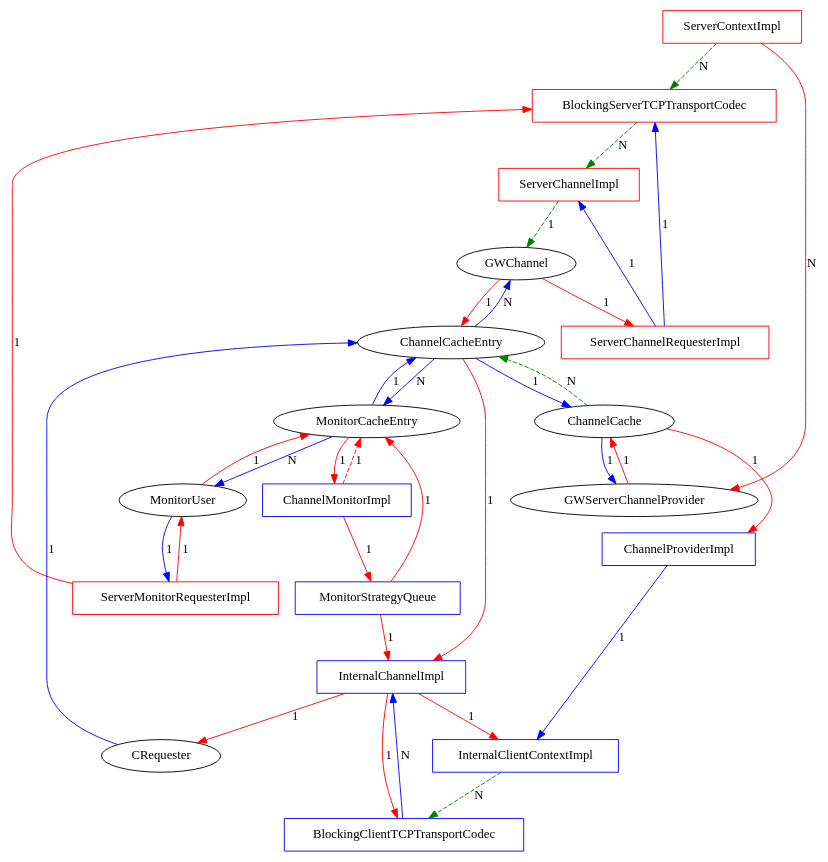
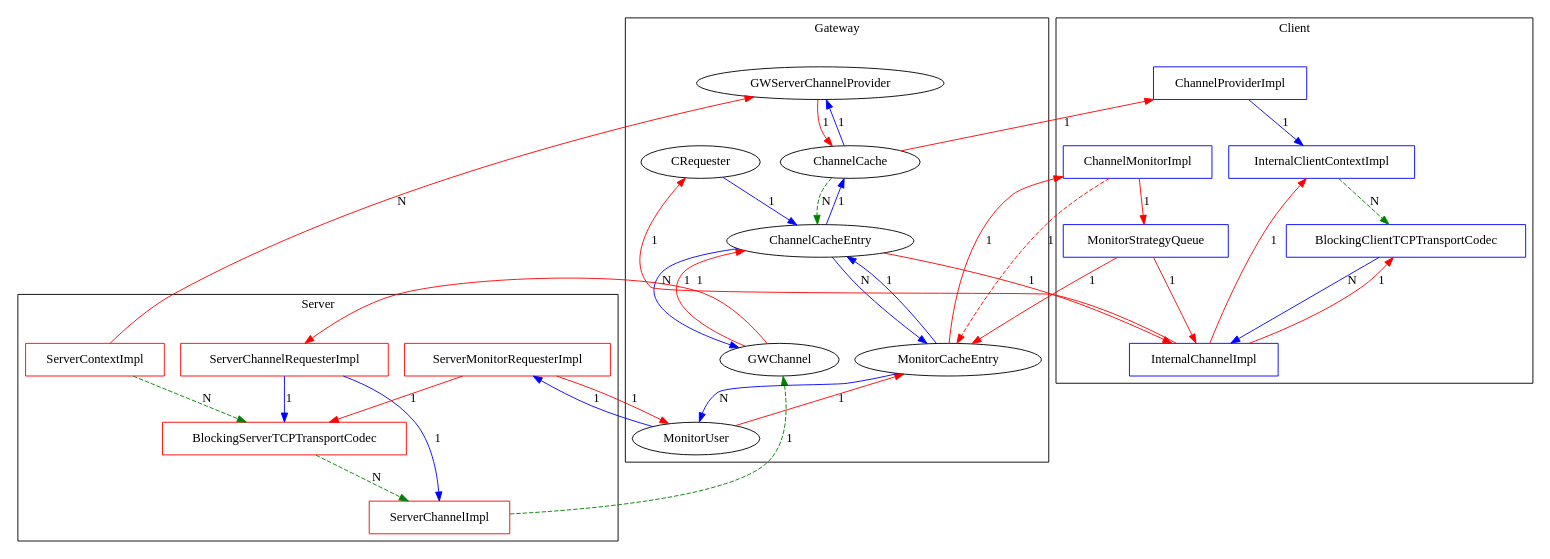
The diagram in documentation/structs.dot (epics-base/pva2pva), drawn with Graphviz before and after one commit.

Commit message:
re-org struct graph w/ subgraphs

```diff
--- a/documentation/structs.dot
+++ b/documentation/structs.dot
@@ -1,79 +1,88 @@
 digraph {
   # PVA server components are red boxes
   # PVA client components are blue boxes
   # GW components are black ovals
   #
   # red lines are strong references either '1' (1 to 1) or 'N' (1 to N)
   # green lines are strong references which are explicitly broken on some event
   # blue lines are weak references
   
-  ServerContextImpl [shape=box,color=red];
-  BlockingServerTCPTransportCodec [shape=box,color=red];
-  ServerChannelImpl [shape=box,color=red];
-  ServerChannelRequesterImpl [shape=box,color=red];
-  ServerChannelImpl [shape=box,color=red];
-  ServerMonitorRequesterImpl [shape=box,color=red];
+  subgraph clusterserver {
+    label = "Server";
+    ServerContextImpl [shape=box,color=red];
+    BlockingServerTCPTransportCodec [shape=box,color=red];
+    ServerChannelImpl [shape=box,color=red];
+    ServerChannelRequesterImpl [shape=box,color=red];
+    ServerChannelImpl [shape=box,color=red];
+    ServerMonitorRequesterImpl [shape=box,color=red];
 
-  InternalClientContextImpl [shape=box,color=blue];
-  ChannelProviderImpl [shape=box,color=blue];
-  BlockingClientTCPTransportCodec [shape=box,color=blue];
-  InternalChannelImpl [shape=box,color=blue];
-  ChannelMonitorImpl [shape=box,color=blue];
-  MonitorStrategyQueue [shape=box,color=blue];
-
-  GWServerChannelProvider;
-  ChannelCache;
-  ChannelCacheEntry;
-  GWChannel;
-  CRequester;
-  MonitorCacheEntry;
-  MonitorUser;
-
-  ## Server Internals
-  # Really goes through TransportRegistry
-  ServerContextImpl -> BlockingServerTCPTransportCodec [color=green,style=dashed,label="N"];
-  BlockingServerTCPTransportCodec -> ServerChannelImpl [color=green,style=dashed,label="N"];
-  ServerChannelRequesterImpl -> BlockingServerTCPTransportCodec [color=blue,label="1"];
-  ServerChannelRequesterImpl -> ServerChannelImpl [color=blue,label="1"];
-  ServerMonitorRequesterImpl -> BlockingServerTCPTransportCodec [color=red,label="1"];
+    ## Server Internals
+    # Really goes through TransportRegistry
+    ServerContextImpl -> BlockingServerTCPTransportCodec [color=green,style=dashed,label="N"];
+    BlockingServerTCPTransportCodec -> ServerChannelImpl [color=green,style=dashed,label="N"];
+    ServerChannelRequesterImpl -> BlockingServerTCPTransportCodec [color=blue,label="1"];
+    ServerChannelRequesterImpl -> ServerChannelImpl [color=blue,label="1"];
+    ServerMonitorRequesterImpl -> BlockingServerTCPTransportCodec [color=red,label="1"];
+  }
 
   ## Server to GW
   ServerContextImpl -> GWServerChannelProvider [color=red,label="N"];
   ServerChannelImpl -> GWChannel [color=green,style=dashed,label="1"];
   GWChannel -> ServerChannelRequesterImpl [color=red,label="1"];
   MonitorUser -> ServerMonitorRequesterImpl [color=blue,label="1"];
   ServerMonitorRequesterImpl -> MonitorUser [color=red,label="1"];
 
-  ## GW internal
-  GWServerChannelProvider -> ChannelCache [color=red,label="1"];
-  GWChannel -> ChannelCacheEntry [color=red,label="1"];
+  subgraph clustergw {
+    label = "Gateway";
+    GWServerChannelProvider;
+    ChannelCache;
+    ChannelCacheEntry;
+    GWChannel;
+    CRequester;
+    MonitorCacheEntry;
+    MonitorUser;
 
-  ChannelCache -> ChannelCacheEntry [color=green,style=dashed,label="N"];
-  ChannelCache -> GWServerChannelProvider [color=blue,label="1"];
+    ## GW internal
+    GWServerChannelProvider -> ChannelCache [color=red,label="1"];
+    GWChannel -> ChannelCacheEntry [color=red,label="1"];
 
-  ChannelCacheEntry -> ChannelCache [color=blue,label="1"];
-  CRequester -> ChannelCacheEntry [color=blue,label="1"];
-  ChannelCacheEntry -> GWChannel [color=blue,label="N"];
-  ChannelCacheEntry -> MonitorCacheEntry [color=blue,label="N"];
-  MonitorCacheEntry -> ChannelCacheEntry [color=blue,label="1"];
-  MonitorCacheEntry -> MonitorUser [color=blue,label="N"];
-  MonitorUser -> MonitorCacheEntry [color=red,label="1"];
+    ChannelCache -> ChannelCacheEntry [color=green,style=dashed,label="N"];
+    ChannelCache -> GWServerChannelProvider [color=blue,label="1"];
+
+    ChannelCacheEntry -> ChannelCache [color=blue,label="1"];
+    CRequester -> ChannelCacheEntry [color=blue,label="1"];
+    ChannelCacheEntry -> GWChannel [color=blue,label="N"];
+    ChannelCacheEntry -> MonitorCacheEntry [color=blue,label="N"];
+    MonitorCacheEntry -> ChannelCacheEntry [color=blue,label="1"];
+    MonitorCacheEntry -> MonitorUser [color=blue,label="N"];
+    MonitorUser -> MonitorCacheEntry [color=red,label="1"];
+  }
 
   ## GW to Client
   ChannelCache -> ChannelProviderImpl [color=red,label="1"];
   ChannelCacheEntry -> InternalChannelImpl [color=red,label="1"];
   MonitorCacheEntry -> ChannelMonitorImpl [color=red,label="1"];
   InternalChannelImpl -> CRequester [color=red,label="1"];
   ChannelMonitorImpl -> MonitorCacheEntry [color=red,style=dashed,label="1"];
   MonitorStrategyQueue -> MonitorCacheEntry [color=red,label="1"];
 
-  ## Client internals
-  ChannelProviderImpl -> InternalClientContextImpl [color=blue,label="1"];
-  # Really goes through TransportRegistry
-  InternalClientContextImpl -> BlockingClientTCPTransportCodec [color=green,style=dashed,label="N"];
-  BlockingClientTCPTransportCodec -> InternalChannelImpl [color=blue,label="N"];
-  InternalChannelImpl -> BlockingClientTCPTransportCodec [color=red,label="1"];
-  InternalChannelImpl -> InternalClientContextImpl [color=red,label="1"];
-  ChannelMonitorImpl -> MonitorStrategyQueue [color=red,label="1"];
-  MonitorStrategyQueue -> InternalChannelImpl [color=red,label="1"];
+  subgraph clusterclient {
+    label = "Client";
+    InternalClientContextImpl [shape=box,color=blue];
+    ChannelProviderImpl [shape=box,color=blue];
+    BlockingClientTCPTransportCodec [shape=box,color=blue];
+    InternalChannelImpl [shape=box,color=blue];
+    ChannelMonitorImpl [shape=box,color=blue];
+    MonitorStrategyQueue [shape=box,color=blue];
+
+    ## Client internals
+    ChannelProviderImpl -> InternalClientContextImpl [color=blue,label="1"];
+    # Really goes through TransportRegistry
+    InternalClientContextImpl -> BlockingClientTCPTransportCodec [color=green,style=dashed,label="N"];
+    BlockingClientTCPTransportCodec -> InternalChannelImpl [color=blue,label="N"];
+    InternalChannelImpl -> BlockingClientTCPTransportCodec [color=red,label="1"];
+    InternalChannelImpl -> InternalClientContextImpl [color=red,label="1"];
+    ChannelMonitorImpl -> MonitorStrategyQueue [color=red,label="1"];
+    MonitorStrategyQueue -> InternalChannelImpl [color=red,label="1"];
+  }
 }
```
